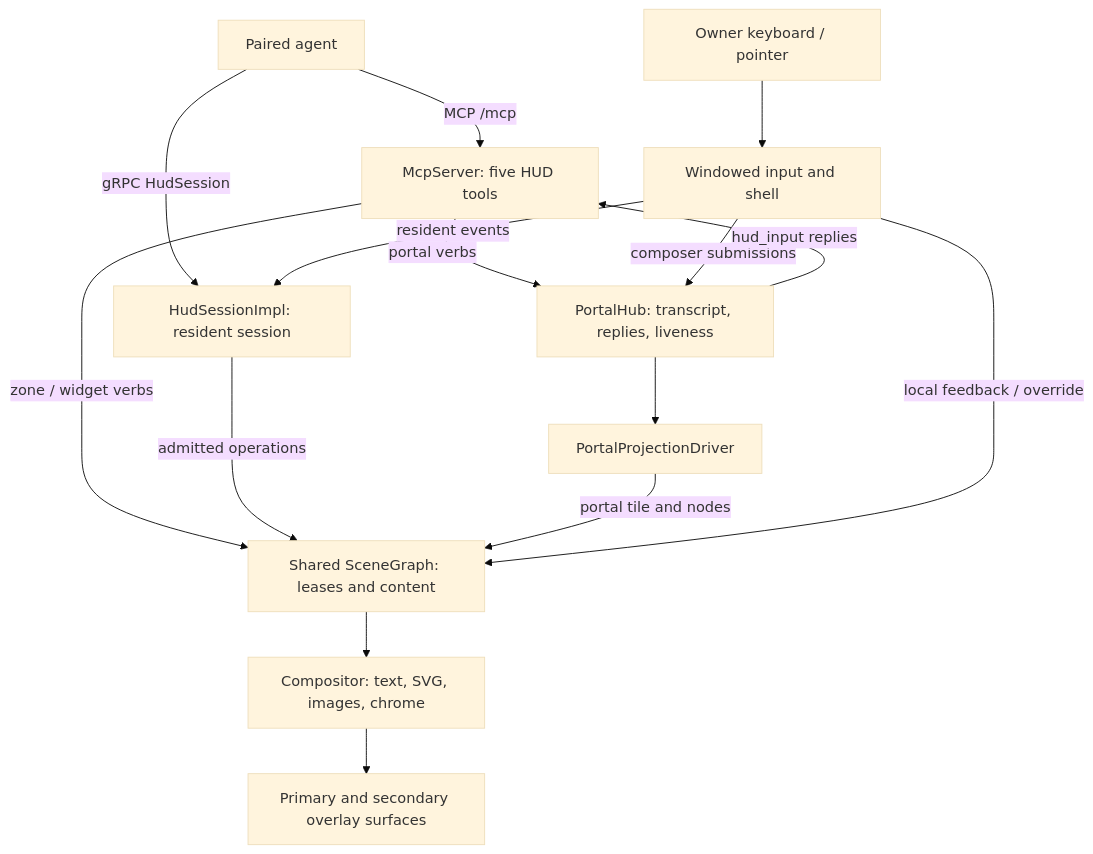
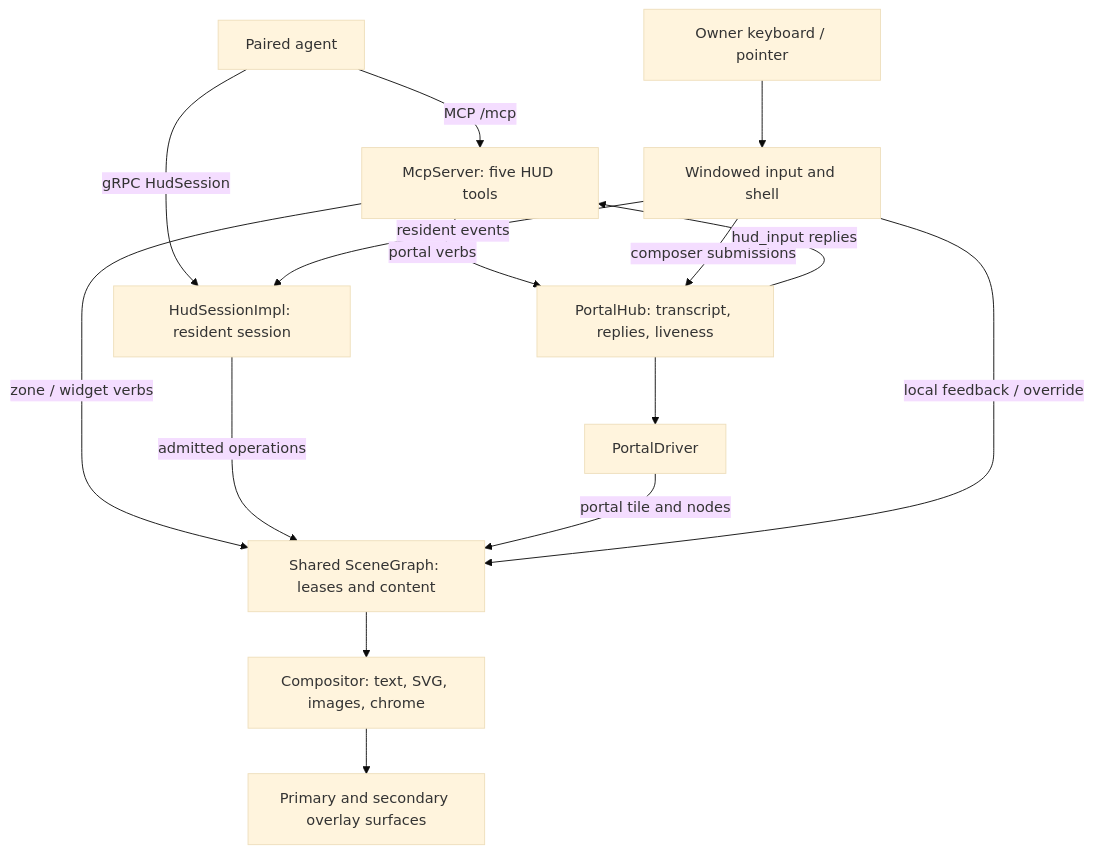
One commit to tzeusy-org/tze-hud changed the diagram in docs/architecture.md. Above: the diagram before and after it, drawn with Mermaid (base theme). The commit also changed other lines of this file and 21 other files, not shown here.

First line of the commit message:
refactor: unify portal driver time and safe-mode liveness [hud-lirh2.8]

````diff
--- a/docs/architecture.md
+++ b/docs/architecture.md
@@ -16,17 +16,17 @@
 ```mermaid
 flowchart TD
     Agent["Paired agent"] -->|"MCP /mcp"| MCP["McpServer: five HUD tools"]
     Agent -->|"gRPC HudSession"| GRPC["HudSessionImpl: resident session"]
     Owner["Owner keyboard / pointer"] --> INPUT["Windowed input and shell"]
     MCP -->|"portal verbs"| HUB["PortalHub: transcript, replies, liveness"]
-    HUB --> DRIVER["PortalProjectionDriver"]
+    HUB --> DRIVER["PortalDriver"]
     MCP -->|"zone / widget verbs"| SCENE["Shared SceneGraph: leases and content"]
     GRPC -->|"admitted operations"| SCENE
     DRIVER -->|"portal tile and nodes"| SCENE
     INPUT -->|"local feedback / override"| SCENE
     INPUT -->|"composer submissions"| HUB
     INPUT -->|"resident events"| GRPC
     SCENE --> COMP["Compositor: text, SVG, images, chrome"]
     COMP --> WINDOWS["Primary and secondary overlay surfaces"]
     HUB -->|"hud_input replies"| MCP
 ```
````
